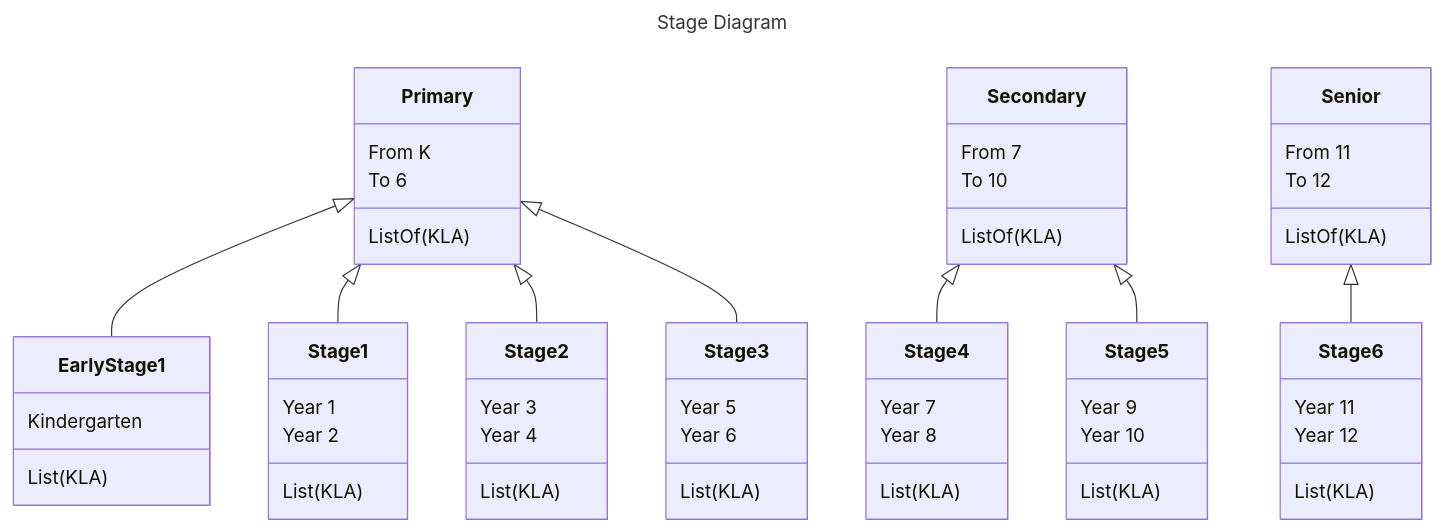
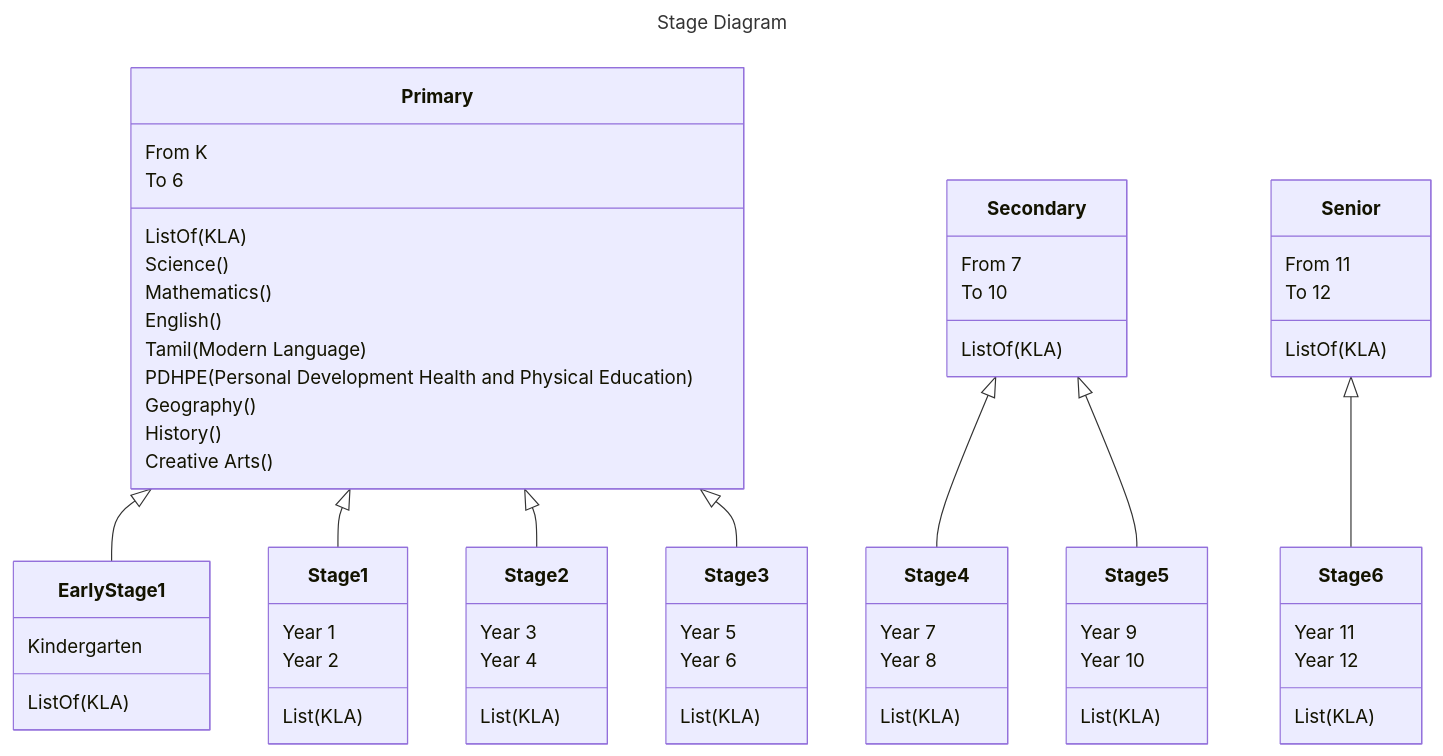
One commit to librelab/gurukul changed the diagram in README.md. Above: the diagram before and after it, drawn with Mermaid.

````diff
--- a/README.md
+++ b/README.md
@@ -55,56 +55,64 @@
 ```mermaid
 ---
 title: Stage Diagram
 ---
 classDiagram
     Primary <|-- Early Stage1
     Primary <|-- Stage1
     Primary <|-- Stage2
 	Primary <|-- Stage3
     Primary : From K
     Primary : To 6
     Primary: ListOf(KLA)
+	Primary: Science()
+	Primary: Mathematics()
+	Primary: English()
+	Primary: Tamil(Modern Language)
+	Primary: PDHPE(Personal Development Health and Physical Education)
+	Primary: Geography()
+	Primary: History()
+	Primary: Creative Arts()
     class Early Stage1{
       Kindergarten
-      List(KLA)
+      ListOf(KLA)
     }
     class Stage1{
       Year 1
 	  Year 2
       List(KLA)
     }
     class Stage2{
       Year 3
 	  Year 4
       List(KLA)
     }
 	class Stage3{
       Year 5
 	  Year 6
       List(KLA)
     }
 	Secondary <|-- Stage4
     Secondary <|-- Stage5
     Secondary : From 7
     Secondary : To 10
     Secondary: ListOf(KLA)
     class Stage4{
       Year 7
 	  Year 8
       List(KLA)
     }
     class Stage5{
       Year 9
 	  Year 10
       List(KLA)
     }
 	Senior <|-- Stage6
     Senior : From 11
     Senior : To 12
     Senior: ListOf(KLA)
     class Stage6{
       Year 11
 	  Year 12
       List(KLA)
     }
 ```
````
